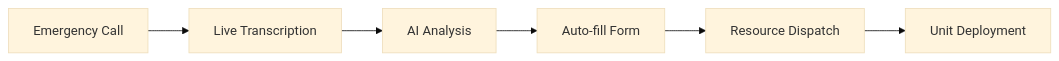
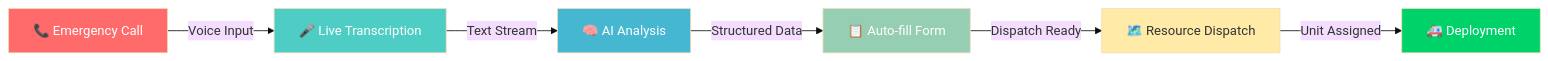
Before and after one commit to sanjayrohith/ResQ-Desk: the diagram in README.md, drawn with Mermaid (base theme). The commit also changed other lines of this file, not shown here.

````diff
--- a/README.md
+++ b/README.md
@@ -219,8 +319,15 @@
 ```mermaid
 graph LR
-    A[Emergency Call] --> B[Live Transcription]
-    B --> C[AI Analysis]
-    C --> D[Auto-fill Form]
-    D --> E[Resource Dispatch]
-    E --> F[Unit Deployment]
+    A[📞 Emergency Call] -->|Voice Input| B[🎤 Live Transcription]
+    B -->|Text Stream| C[🧠 AI Analysis]
+    C -->|Structured Data| D[📋 Auto-fill Form]
+    D -->|Dispatch Ready| E[🗺️ Resource Dispatch]
+    E -->|Unit Assigned| F[🚑 Deployment]
+    
+    style A fill:#FF6B6B,color:#fff
+    style B fill:#4ECDC4,color:#fff
+    style C fill:#45B7D1,color:#fff
+    style D fill:#96CEB4,color:#fff
+    style E fill:#FFEAA7,color:#333
+    style F fill:#00D26A,color:#fff
 ```
````
